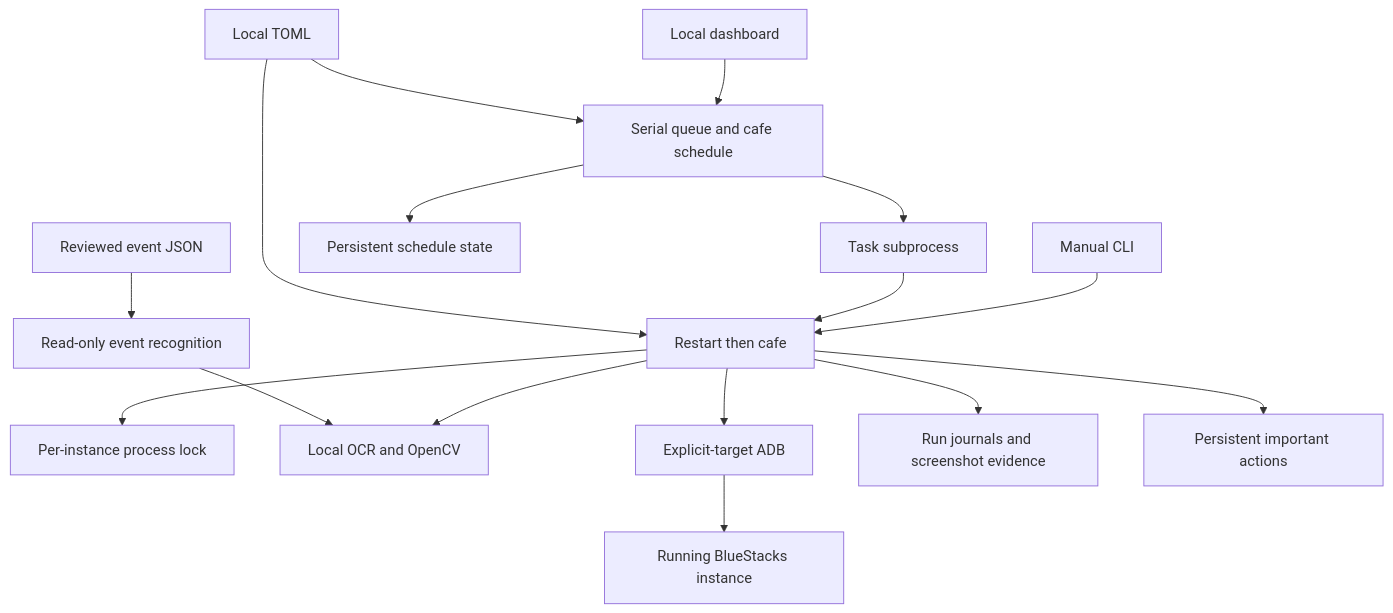
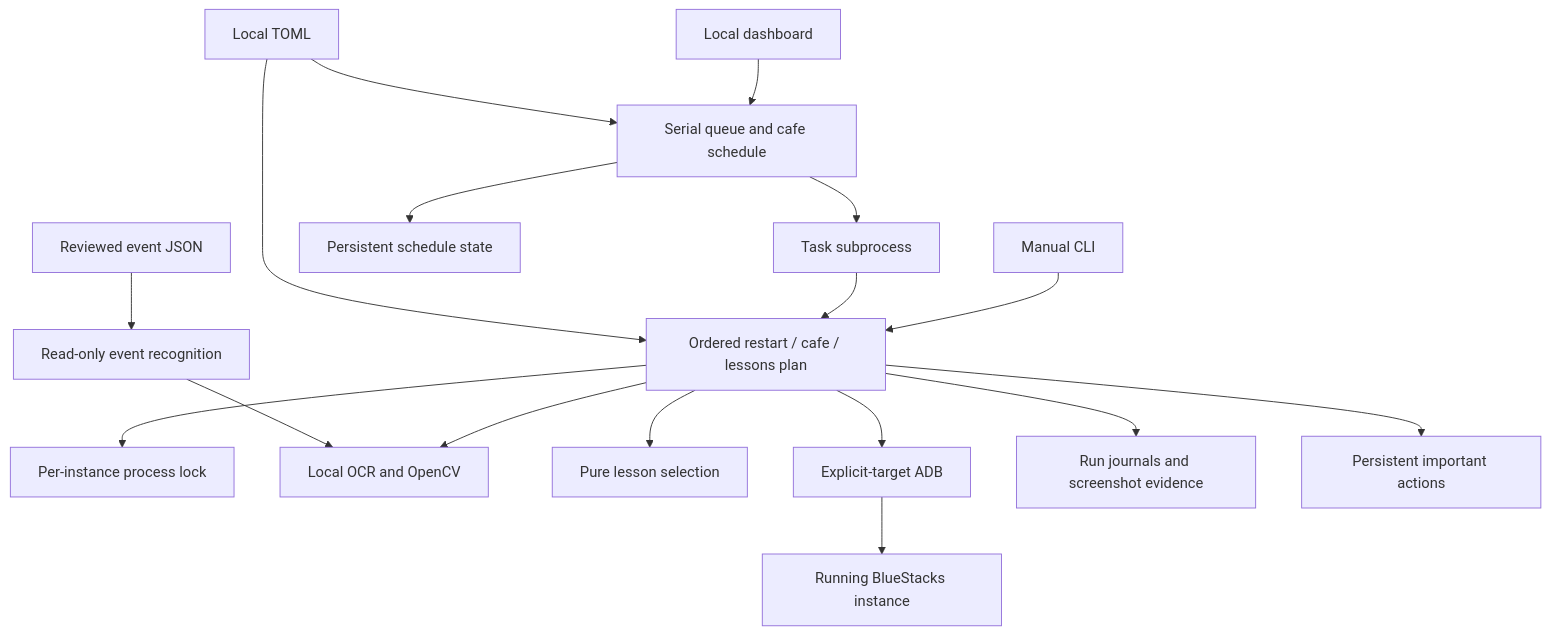
One commit to davidmwest/blue-archive-automator changed the diagram in docs/architecture.md. Above: the diagram before and after it, drawn with Mermaid. The commit also changed other lines of this file and 61 other files, not shown here.

````diff
--- a/docs/architecture.md
+++ b/docs/architecture.md
@@ -15,18 +15,19 @@
 ```mermaid
 flowchart TD
     UI[Local dashboard] --> Server[Serial queue and cafe schedule]
     Server --> CLI[Task subprocess]
-    Manual[Manual CLI] --> Tasks[Restart then cafe]
+    Manual[Manual CLI] --> Tasks[Ordered restart / cafe / lessons plan]
     CLI --> Tasks
     Config[Local TOML] --> Server
     Config --> Tasks
     Tasks --> Lock[Per-instance process lock]
     Tasks --> Vision[Local OCR and OpenCV]
+    Tasks --> Planner[Pure lesson selection]
     Tasks --> ADB[Explicit-target ADB]
     ADB --> Game[Running BlueStacks instance]
     Tasks --> Trace[Run journals and screenshot evidence]
     Tasks --> Actions[Persistent important actions]
     Server --> Schedule[Persistent schedule state]
     Profiles[Reviewed event JSON] --> Recognition[Read-only event recognition]
     Recognition --> Vision
 ```
````
